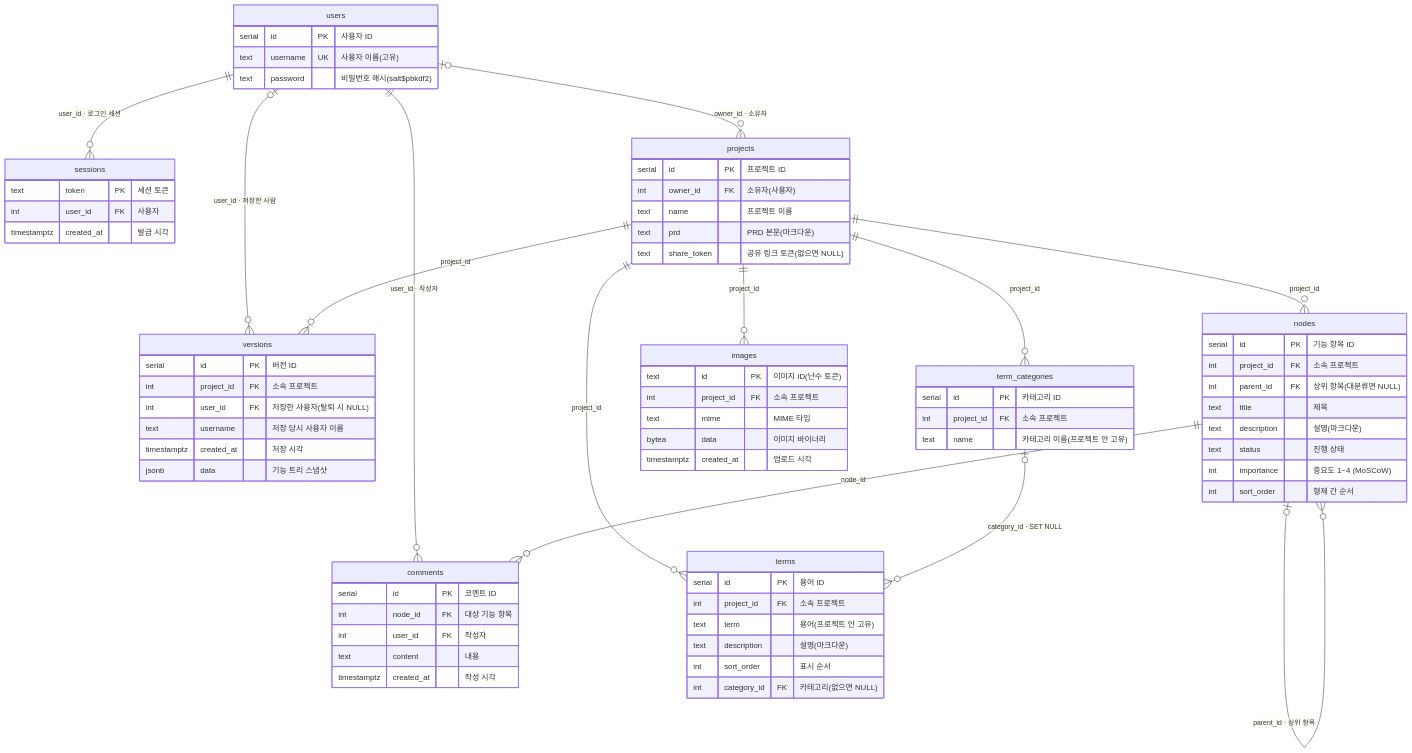
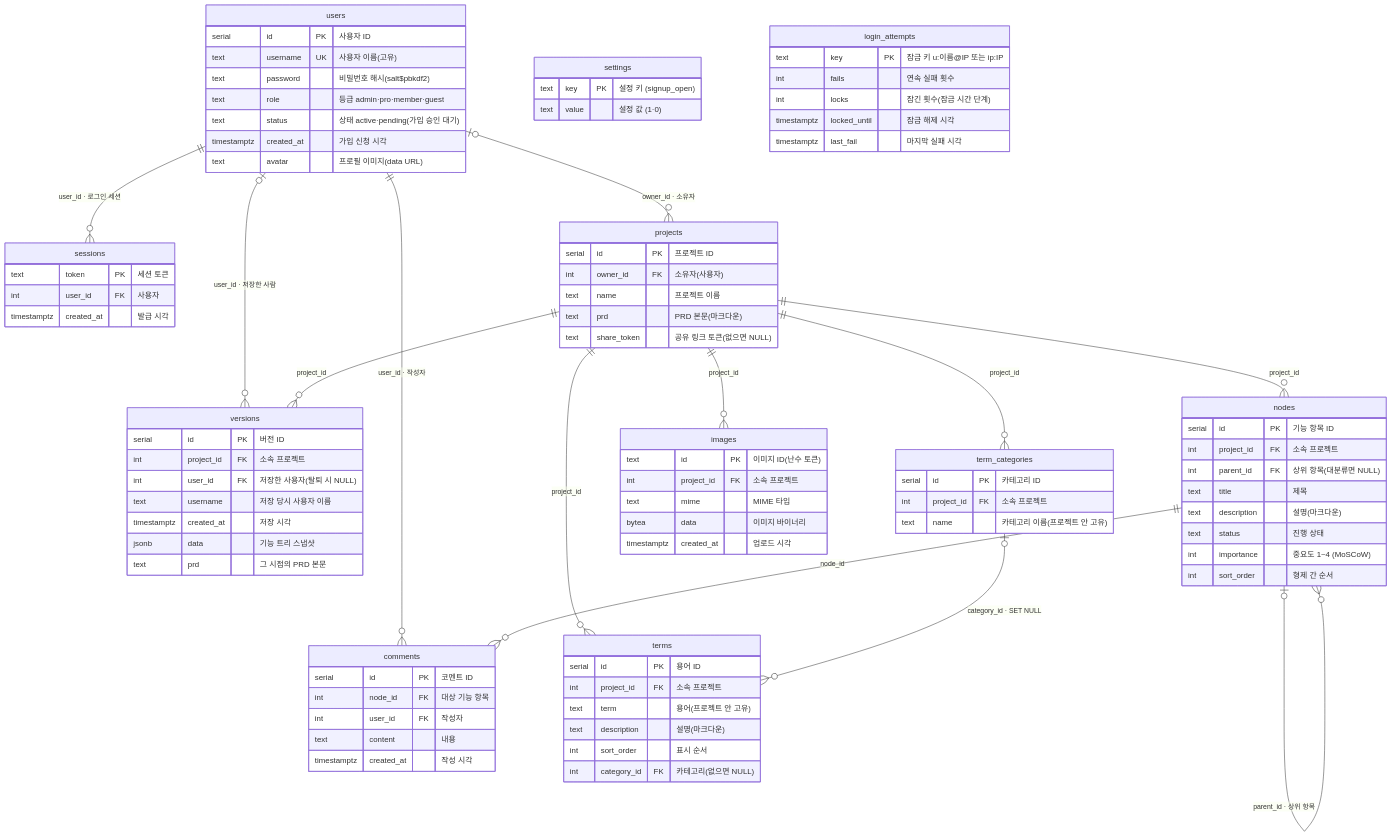
One commit to kdHyeok/olgae-planner changed the diagram in doc/ERD.md. Above: the diagram before and after it, drawn with Mermaid. The commit also changed other lines of this file and 8 other files, not shown here.

```diff
--- a/doc/ERD.md
+++ b/doc/ERD.md
@@ -31,6 +31,21 @@
         serial id PK "사용자 ID"
         text username UK "사용자 이름(고유)"
         text password "비밀번호 해시(salt$pbkdf2)"
+        text role "등급 admin·pro·member·guest"
+        text status "상태 active·pending(가입 승인 대기)"
+        timestamptz created_at "가입 신청 시각"
+        text avatar "프로필 이미지(data URL)"
+    }
+    settings {
+        text key PK "설정 키 (signup_open)"
+        text value "설정 값 (1·0)"
+    }
+    login_attempts {
+        text key PK "잠금 키 u:이름@IP 또는 ip:IP"
+        int fails "연속 실패 횟수"
+        int locks "잠긴 횟수(잠금 시간 단계)"
+        timestamptz locked_until "잠금 해제 시각"
+        timestamptz last_fail "마지막 실패 시각"
     }
     sessions {
         text token PK "세션 토큰"
@@ -68,6 +83,7 @@
         text username "저장 당시 사용자 이름"
         timestamptz created_at "저장 시각"
         jsonb data "기능 트리 스냅샷"
+        text prd "그 시점의 PRD 본문"
     }
     term_categories {
         serial id PK "카테고리 ID"
```
